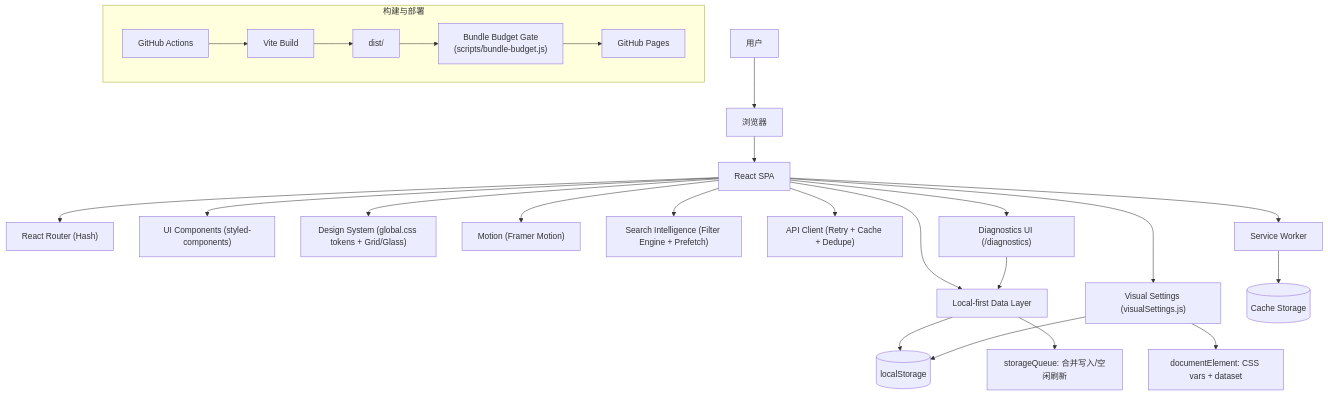
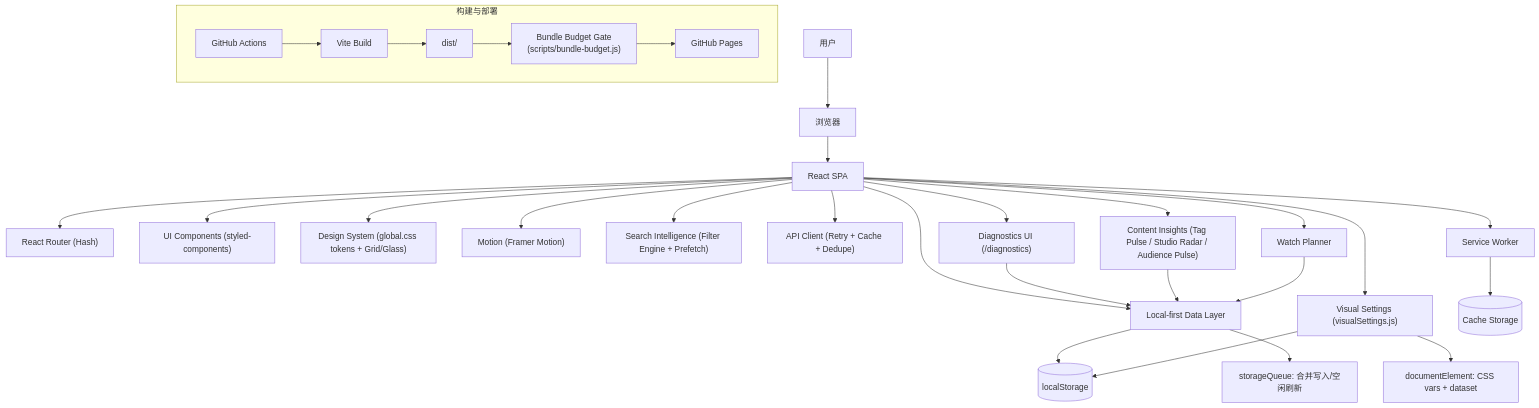
The first of 2 diagrams in helloagents/wiki/arch.md (TUR1412/Guoman), drawn with Mermaid before and after one commit. The commit also changed 28 other files, not shown here.

````diff
--- a/helloagents/wiki/arch.md
+++ b/helloagents/wiki/arch.md
@@ -5,34 +5,38 @@
 ```mermaid
 flowchart TD
   User[用户] --> Browser[浏览器]
   Browser --> App[React SPA]
 
   App --> Router["React Router (Hash)"]
   App --> UI["UI Components (styled-components)"]
   App --> Design["Design System (global.css tokens + Grid/Glass)"]
   App --> Motion["Motion (Framer Motion)"]
 
   App --> Data["Local-first Data Layer"]
   Data --> LS[(localStorage)]
   Data --> Queue["storageQueue: 合并写入/空闲刷新"]
 
   App --> Search["Search Intelligence (Filter Engine + Prefetch)"]
   App --> Api["API Client (Retry + Cache + Dedupe)"]
+  App --> Insights["Content Insights (Tag Pulse / Studio Radar / Audience Pulse)"]
+  App --> Planner["Watch Planner"]
 
   App --> Visual["Visual Settings (visualSettings.js)"]
   Visual --> LS
   Visual --> Root["documentElement: CSS vars + dataset"]
 
   App --> Diagnostics["Diagnostics UI (/diagnostics)"]
   Diagnostics --> Data
+  Insights --> Data
+  Planner --> Data
 
   App --> PWA[Service Worker]
   PWA --> Cache[(Cache Storage)]
 
   subgraph Build[构建与部署]
     Actions[GitHub Actions] --> Vite[Vite Build]
     Vite --> Dist[dist/]
     Dist --> Budget["Bundle Budget Gate\n(scripts/bundle-budget.js)"]
     Budget --> Pages[GitHub Pages]
   end
 ```
````
